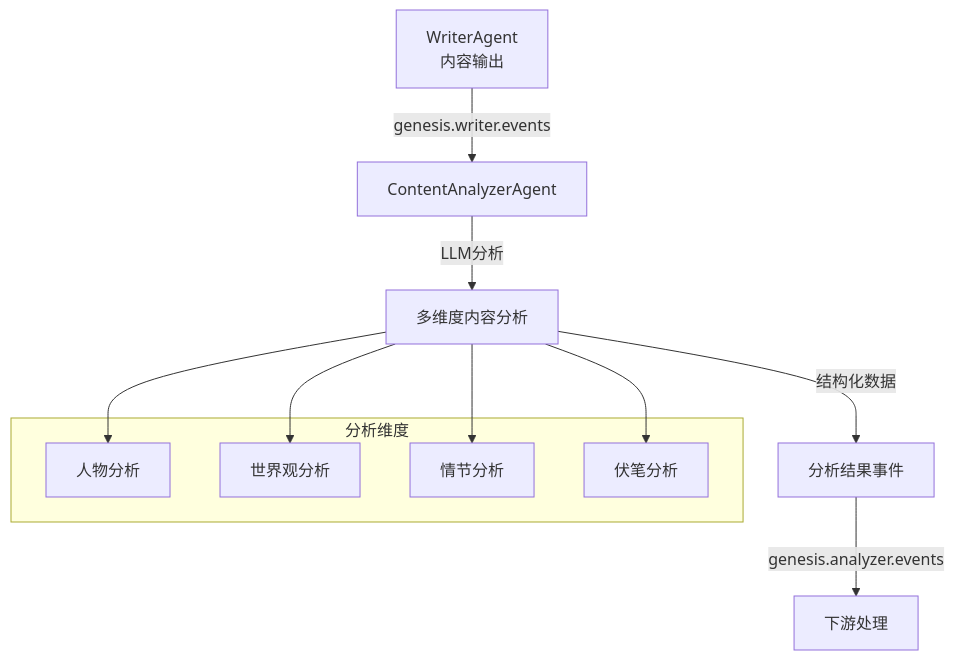
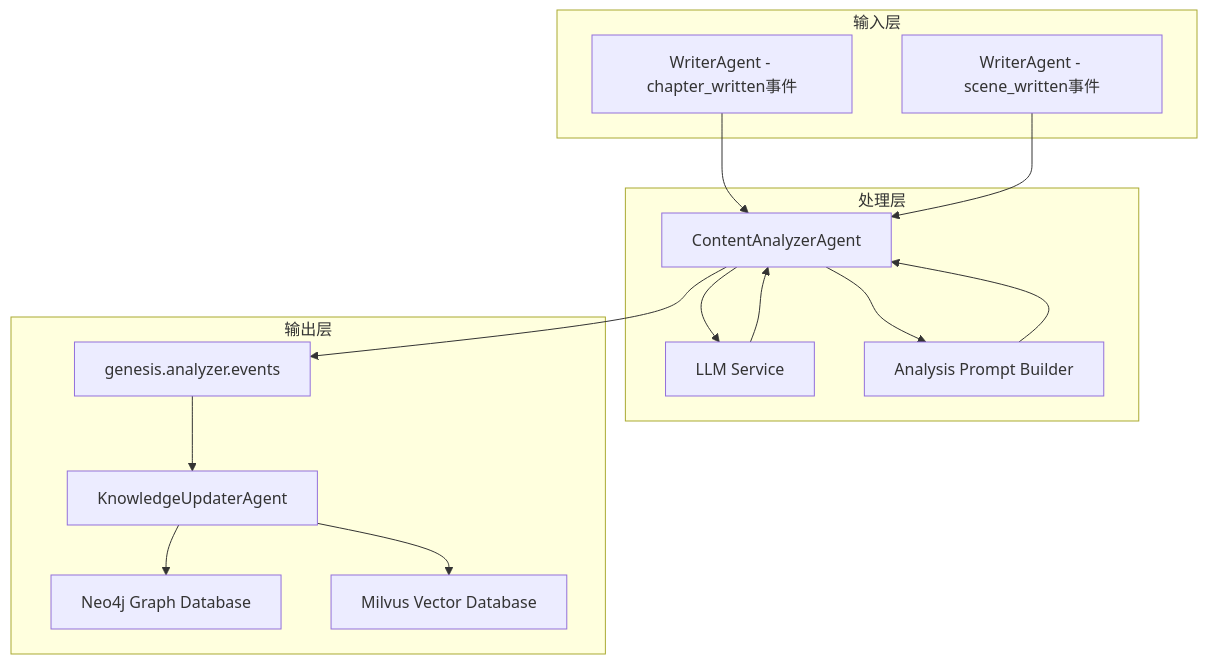
Before and after one commit to zhiyue/infinite-scribe: the first of 5 diagrams in apps/backend/src/agents/content_analyzer/README.md, drawn with Mermaid. The commit also changed other lines of this file and 3 other files, not shown here.

````diff
--- a/apps/backend/src/agents/content_analyzer/README.md
+++ b/apps/backend/src/agents/content_analyzer/README.md
@@ -21,19 +24,31 @@
 ```mermaid
-graph TD
-    A[WriterAgent<br/>内容输出] -->|genesis.writer.events| B[ContentAnalyzerAgent]
-    B -->|LLM分析| C[多维度内容分析]
-    C -->|结构化数据| D[分析结果事件]
-    D -->|genesis.analyzer.events| E[下游处理]
-    
-    subgraph "分析维度"
-        C1[人物分析]
-        C2[世界观分析]
-        C3[情节分析]
-        C4[伏笔分析]
+graph TB
+    subgraph "输入层"
+        A1[WriterAgent - chapter_written事件]
+        A2[WriterAgent - scene_written事件]
     end
     
-    C --> C1
-    C --> C2
-    C --> C3
-    C --> C4
+    subgraph "处理层"
+        B1[ContentAnalyzerAgent]
+        B2[LLM Service]
+        B3[Analysis Prompt Builder]
+    end
+    
+    subgraph "输出层"
+        C1[genesis.analyzer.events]
+        C2[KnowledgeUpdaterAgent]
+        C3[Neo4j Graph Database]
+        C4[Milvus Vector Database]
+    end
+    
+    A1 --> B1
+    A2 --> B1
+    B1 --> B2
+    B1 --> B3
+    B2 --> B1
+    B3 --> B1
+    B1 --> C1
+    C1 --> C2
+    C2 --> C3
+    C2 --> C4
 ```
````
